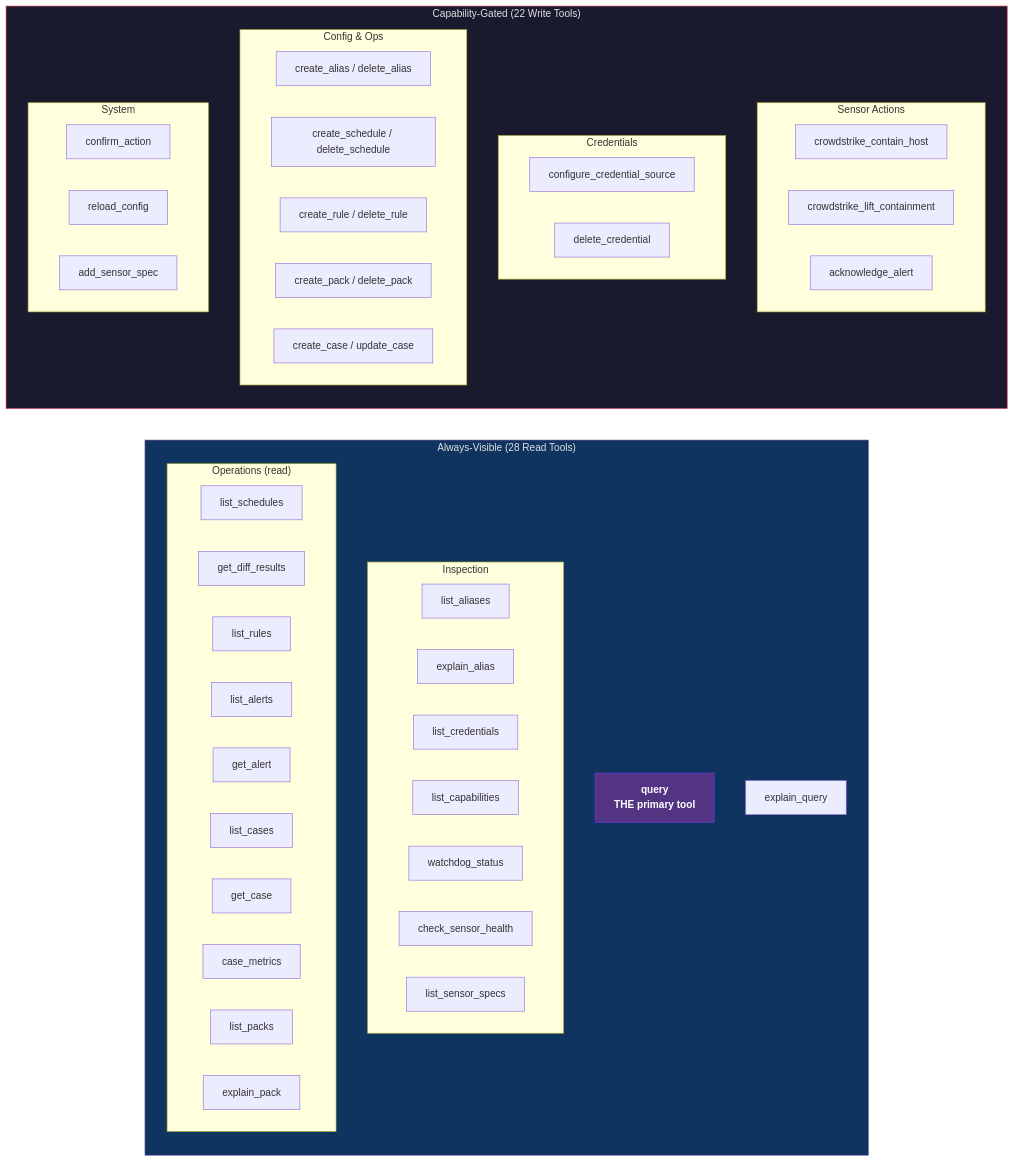
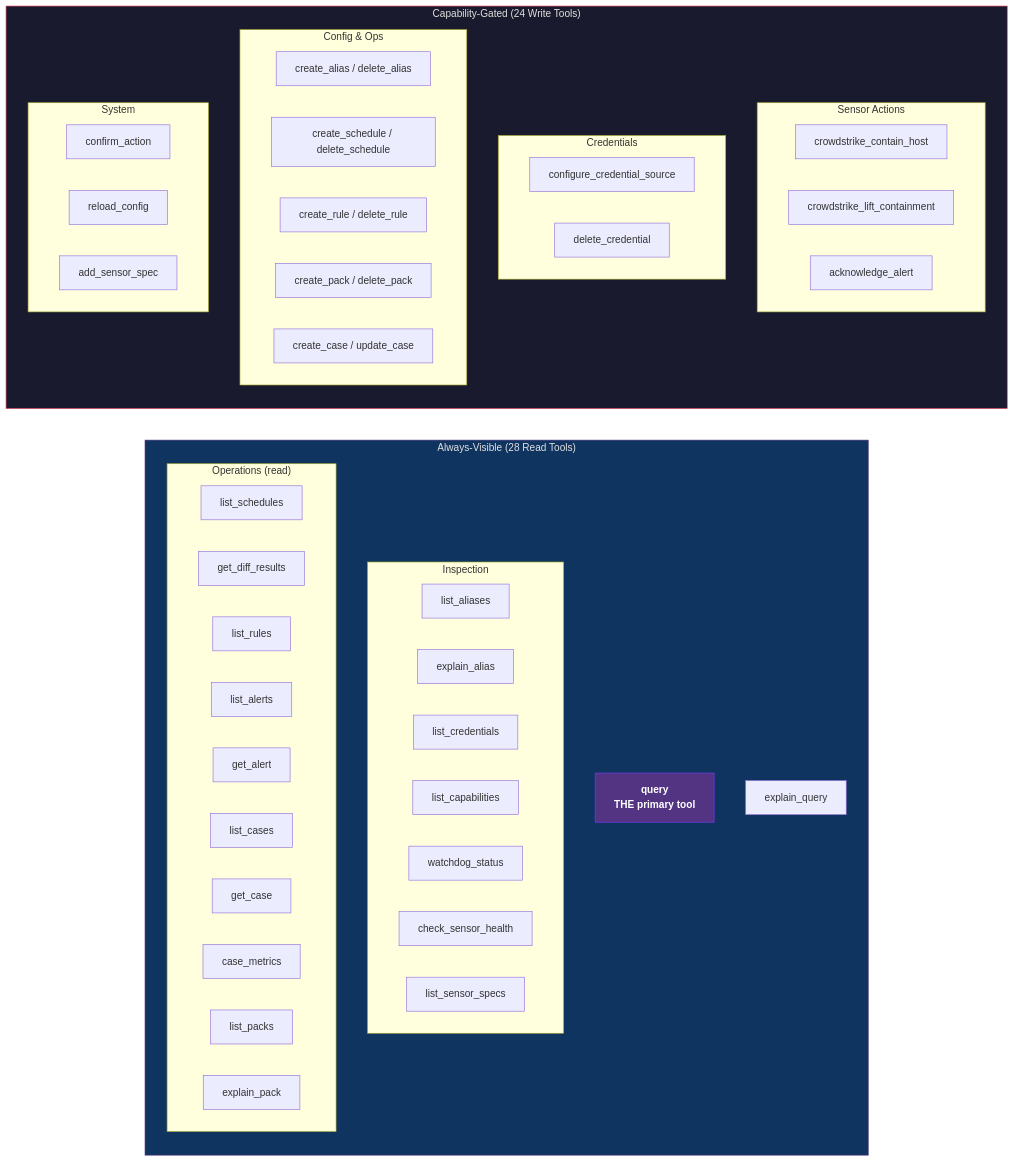
Before and after one commit to drbothen/prism: the first of 3 diagrams in specs/architecture/api-surface.md, drawn with Mermaid. The commit also changed other lines of this file and 4 other files, not shown here.

````diff
--- a/specs/architecture/api-surface.md
+++ b/specs/architecture/api-surface.md
@@ -22,58 +22,58 @@
 ```mermaid
 graph LR
     subgraph VISIBLE["Always-Visible (28 Read Tools)"]
         direction TB
         Q["query<br/><b>THE primary tool</b>"]
         EQ["explain_query"]
         subgraph INSPECT["Inspection"]
             LA["list_aliases"]
             EA["explain_alias"]
             LC["list_credentials"]
             LCap["list_capabilities"]
             WS["watchdog_status"]
             CSH["check_sensor_health"]
             LSS["list_sensor_specs"]
         end
         subgraph OPS_READ["Operations (read)"]
             LS["list_schedules"]
             GD["get_diff_results"]
             LR["list_rules"]
             LAl["list_alerts"]
             GA["get_alert"]
             LCs["list_cases"]
             GC["get_case"]
             CM["case_metrics"]
             LP["list_packs"]
             EP["explain_pack"]
         end
     end
 
-    subgraph GATED["Capability-Gated (22 Write Tools)"]
+    subgraph GATED["Capability-Gated (24 Write Tools)"]
         direction TB
         subgraph SENSOR_WRITE["Sensor Actions"]
             CH["crowdstrike_contain_host"]
             CL["crowdstrike_lift_containment"]
             AA["acknowledge_alert"]
         end
         subgraph CRED_WRITE["Credentials"]
             SC["configure_credential_source"]
             DC["delete_credential"]
         end
         subgraph CONFIG_WRITE["Config & Ops"]
             CA2["create_alias / delete_alias"]
             CS2["create_schedule / delete_schedule"]
             CR2["create_rule / delete_rule"]
             CP2["create_pack / delete_pack"]
             CC2["create_case / update_case"]
         end
         subgraph SYSTEM["System"]
             CONF["confirm_action"]
             RC["reload_config"]
             AS["add_sensor_spec"]
         end
     end
 
     style VISIBLE fill:#0f3460,stroke:#533483,color:#e0e0e0
     style GATED fill:#1a1a2e,stroke:#e94560,color:#e0e0e0
     style Q fill:#533483,stroke:#7c3aed,color:#fff,font-weight:bold
 ```
````
